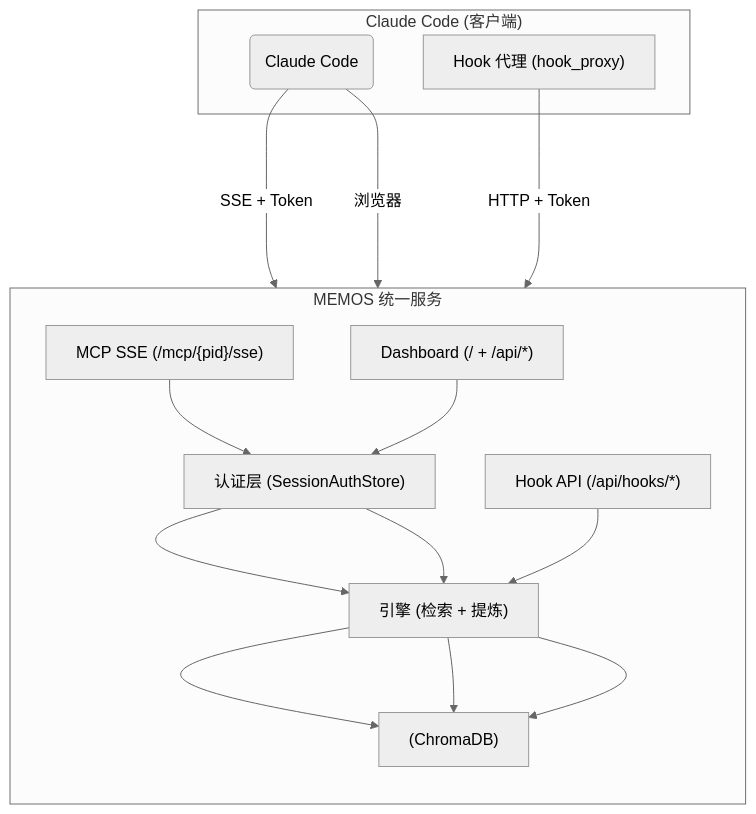
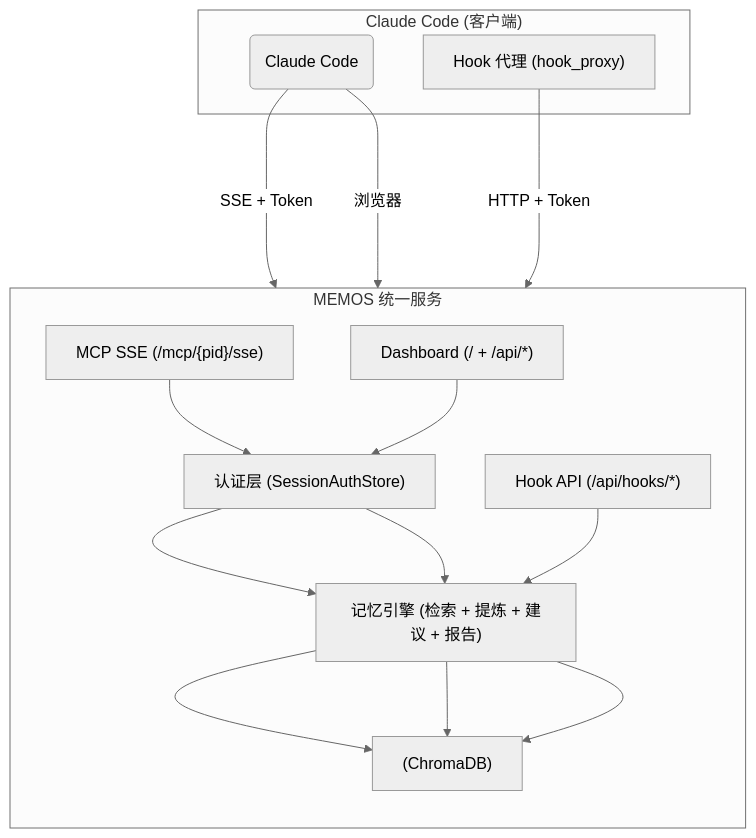
The diagram in README.zh.md (ConnexOS/memos), drawn with Mermaid (neutral theme) before and after one commit. The commit also changed other lines of this file and 128 other files, not shown here.

````diff
--- a/README.zh.md
+++ b/README.zh.md
@@ -71,24 +98,24 @@
 ```mermaid
 graph TB
     subgraph "Claude Code (客户端)"
         CC("Claude Code")
         HOOK["Hook 代理 (hook_proxy)"]
     end
 
     subgraph "MEMOS 统一服务"
         direction TB
         MCP["MCP SSE (/mcp/{pid}/sse)"]
         HAPI["Hook API (/api/hooks/*)"]
         DASH["Dashboard (/ + /api/*)"]
         AUTH["认证层 (SessionAuthStore)"]
-        ENGINE["引擎 (检索 + 提炼)"]
+        ENGINE["记忆引擎 (检索 + 提炼 + 建议 + 报告)"]
         STORE["(ChromaDB)"]
     end
 
     CC -->|SSE + Token| MCP
     HOOK -->|HTTP + Token| HAPI
     CC ---->|浏览器| DASH
     MCP --> AUTH --> ENGINE --> STORE
     HAPI --> ENGINE --> STORE
     DASH --> AUTH --> ENGINE --> STORE
 ```
````
